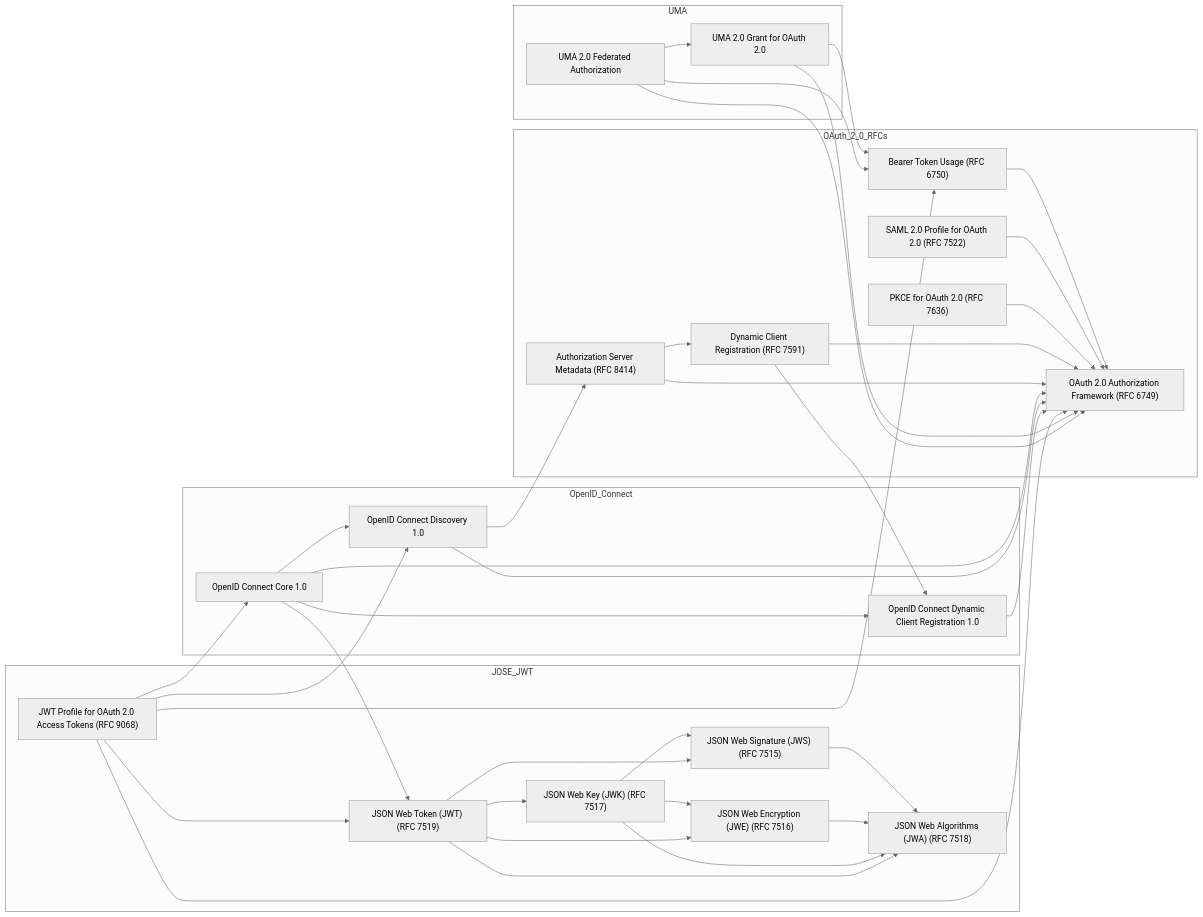
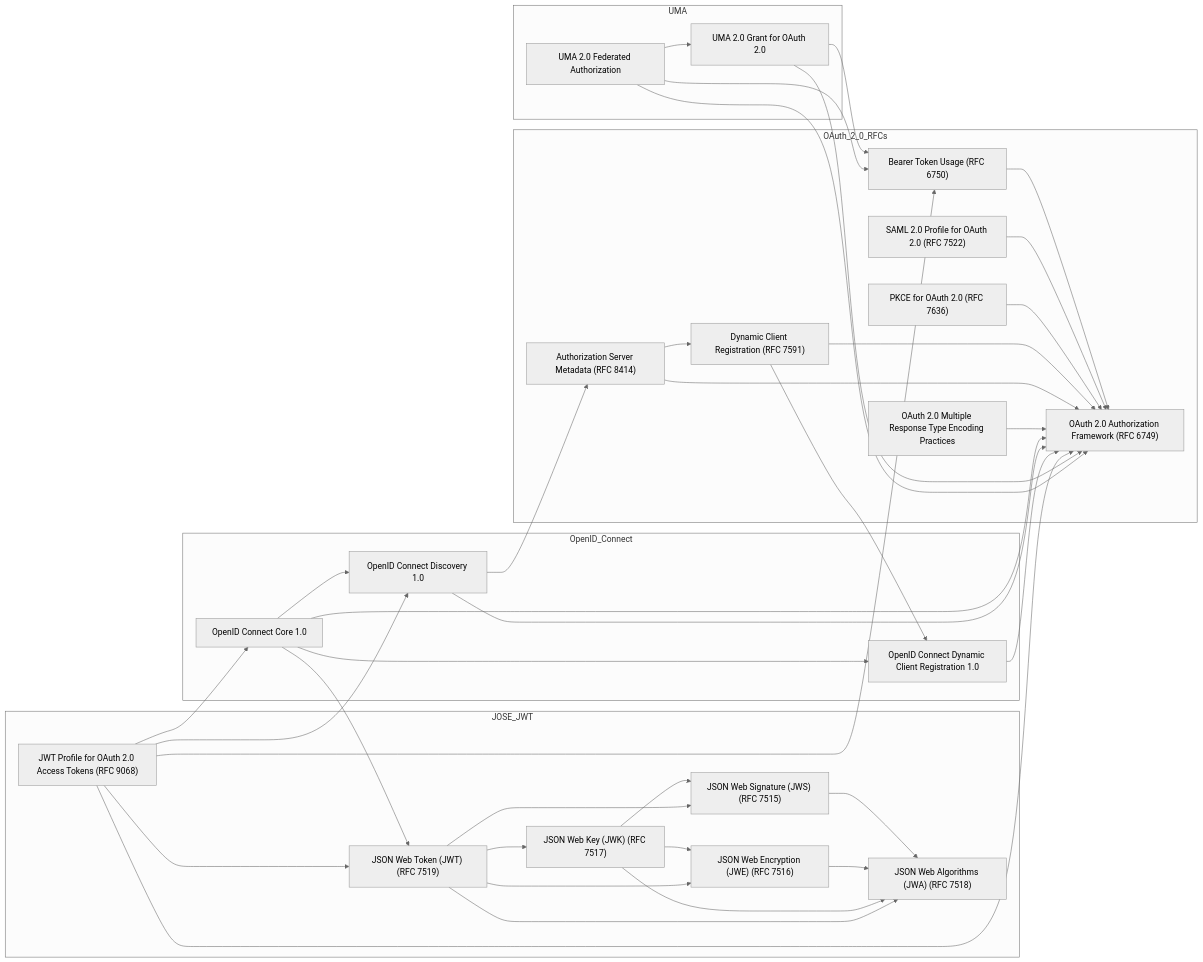
One commit to ryanspletzer/oidc-oauth-spec-graph changed the diagram in Graph.md. Above: the diagram before and after it, drawn with Mermaid (neutral theme). The commit also changed 1 other file, not shown here.

Commit message:
Adds OAuth 2.0 Multiple Response Type spec to graph
Includes the OAuth 2.0 Multiple Response Type Encoding Practices specification in the dependency graph and documentation.

Establishes the relationship between this specification and the core OAuth 2.0 framework, providing users with a more complete view of the OAuth ecosystem and encoding practices for authorization responses.

```diff
--- a/Graph.md
+++ b/Graph.md
@@ -10,6 +10,7 @@
     RFC7636["PKCE for OAuth 2.0 (RFC 7636)"]
     RFC7591["Dynamic Client Registration (RFC 7591)"]
     RFC8414["Authorization Server Metadata (RFC 8414)"]
+    OAuth2_MultiResp["OAuth 2.0 Multiple Response Type Encoding Practices"]
   end
 
   %% --- JOSE / JWT ---
@@ -42,6 +43,7 @@
   RFC7591 --> RFC6749
   RFC8414 --> RFC6749
   RFC8414 --> RFC7591
+  OAuth2_MultiResp --> RFC6749
 
   %% ---- Edges: OIDC depending on OAuth / JWT ----
   OIDC_Core --> RFC6749
@@ -92,6 +94,7 @@
   click RFC7636 "https://datatracker.ietf.org/doc/html/rfc7636" "PKCE (RFC 7636)"
   click RFC7591 "https://datatracker.ietf.org/doc/html/rfc7591" "Dynamic Client Registration (RFC 7591)"
   click RFC8414 "https://datatracker.ietf.org/doc/html/rfc8414" "Authorization Server Metadata (RFC 8414)"
+  click OAuth2_MultiResp "https://openid.net/specs/oauth-v2-multiple-response-types-1_0.html" "OAuth 2.0 Multiple Response Type Encoding Practices"
 
   click RFC7515 "https://datatracker.ietf.org/doc/html/rfc7515" "JSON Web Signature (JWS) (RFC 7515)"
   click RFC7516 "https://datatracker.ietf.org/doc/html/rfc7516" "JSON Web Encryption (JWE) (RFC 7516)"
```
